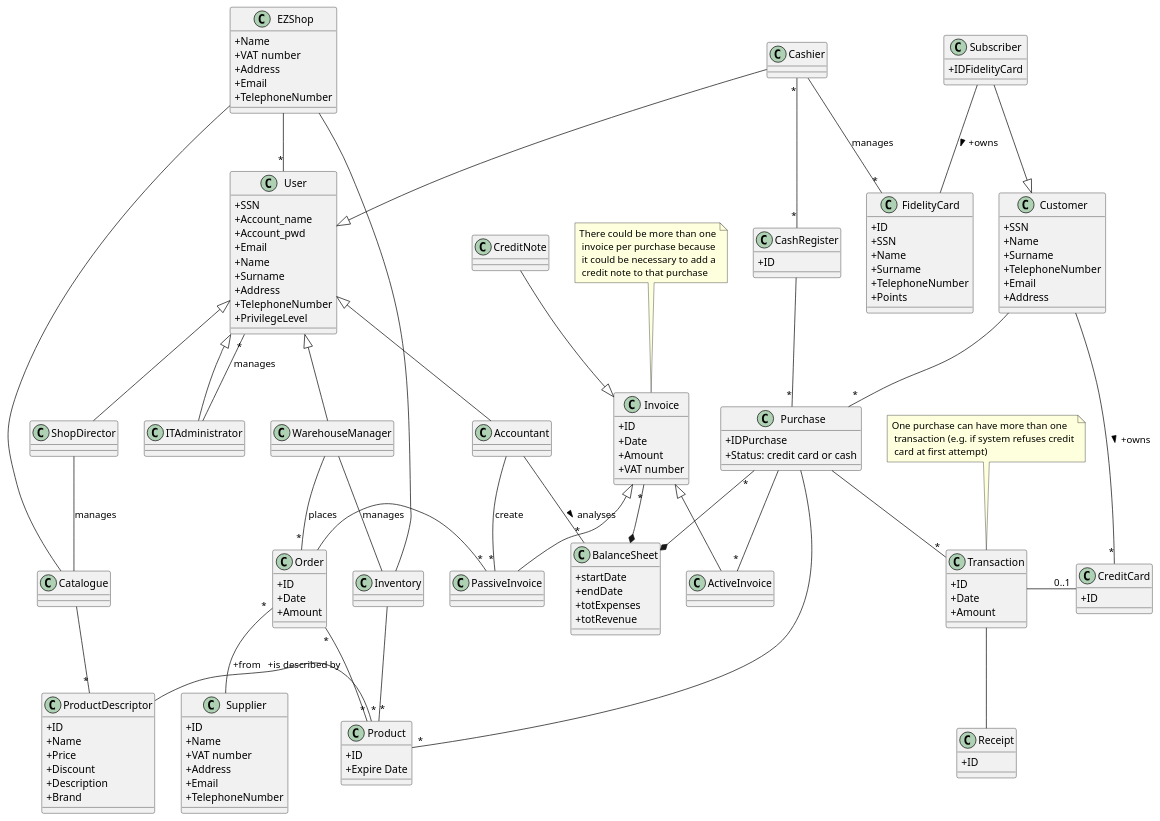
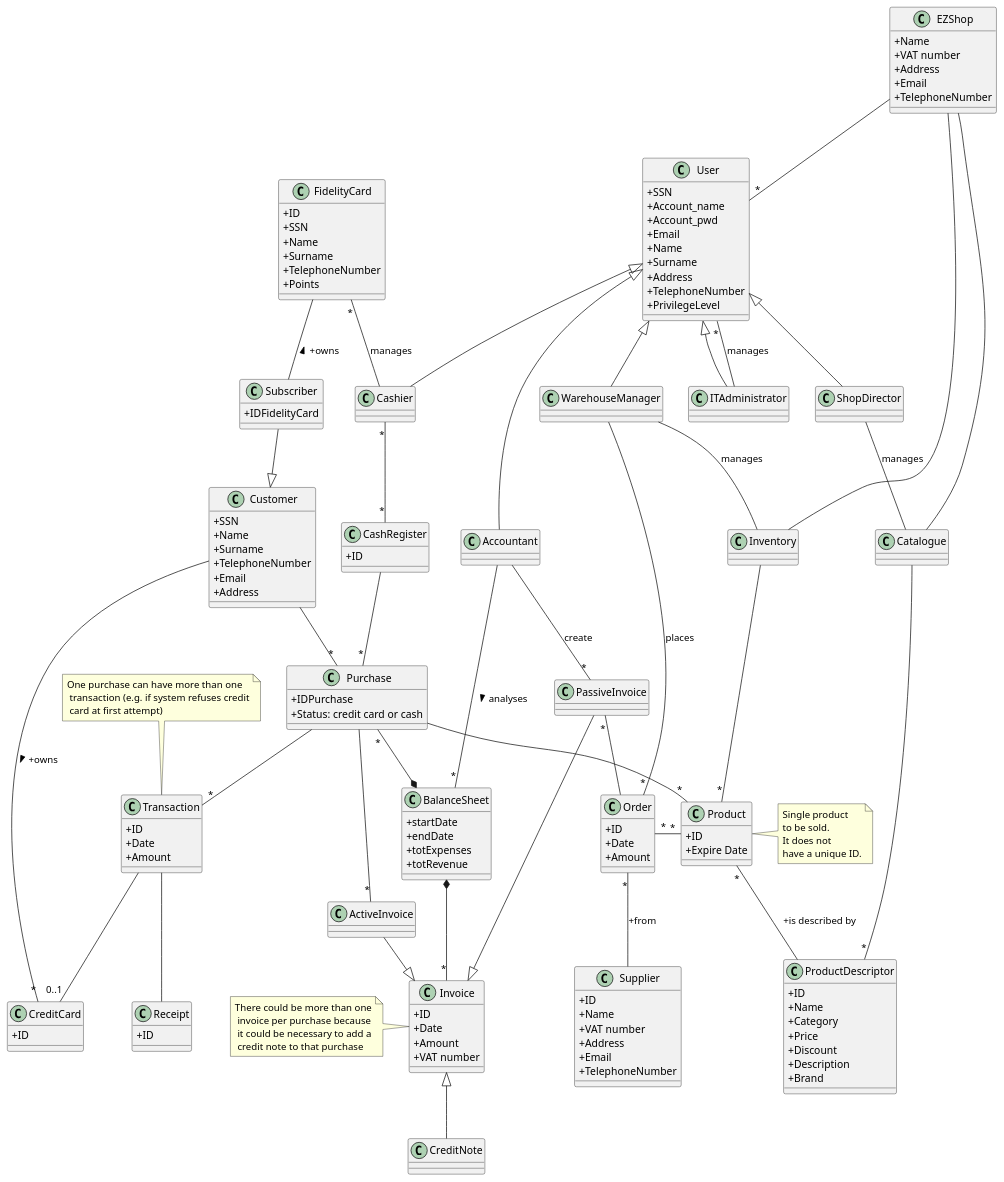
Diagram 11 of 12 in Deliverables/RequirementsDocument.md (Stormz4/group20-EzShop), drawn with PlantUML before and after one commit. The commit also changed other lines of this file, not shown here.

````diff
--- a/Deliverables/RequirementsDocument.md
+++ b/Deliverables/RequirementsDocument.md
@@ -748,6 +924,7 @@
 class ProductDescriptor {
  +ID
  +Name
+ +Category
  +Price
  +Discount
  +Description
@@ -819,30 +996,26 @@
 Class ActiveInvoice
 Class PassiveInvoice
 
-EZShop -- "*" User
+EZShop -down- "*" User
 ITAdministrator -up-|> User
-Cashier -down-|> User
+Cashier -up-|> User
 WarehouseManager-up-|> User
 Accountant-up-|> User
 ShopDirector-up-|> User
 Subscriber --|> Customer
-CreditNote --|> Invoice
-ActiveInvoice -up-|> Invoice
-PassiveInvoice -up-|> Invoice
+CreditNote -up-|> Invoice
+ActiveInvoice -right-|> Invoice
+PassiveInvoice --|> Invoice
 
-Invoice "*" --* BalanceSheet
-Purchase "*" --* BalanceSheet
-Accountant -- "*" BalanceSheet : analyses >
-
-EZShop -right- Catalogue
-EZShop -right- Inventory
+EZShop -- Catalogue
+EZShop -- Inventory
 Inventory --"*" Product
 Catalogue --"*" ProductDescriptor
 Customer --"*" Purchase
 Purchase --"*" Product
-FidelityCard -left- Subscriber: +owns <
-Product "*"-left- ProductDescriptor: +is described by
-Transaction -right-"0..1" CreditCard
+FidelityCard -- Subscriber: +owns <
+Product "*"-- ProductDescriptor: +is described by
+Transaction --"0..1" CreditCard
 Customer --"*" CreditCard: +owns >
 Purchase --"*" Transaction
 Transaction -- Receipt
@@ -851,17 +1024,22 @@
 Purchase --"*" ActiveInvoice
 Accountant --"*" PassiveInvoice: create
 WarehouseManager --"*" Order: places
-Order "*"-- Supplier: +from
+Order "*"-down- Supplier: +from
 ShopDirector -- Catalogue: manages
-Order "*"--"*" Product
-PassiveInvoice "*"-left- Order
+Order "*"-right-"*" Product
+PassiveInvoice "*"-- Order
 WarehouseManager -- Inventory: manages
-Cashier --"*" FidelityCard: manages
+Cashier -left-"*" FidelityCard: manages
 ITAdministrator --"*" User: manages
+Invoice "*" -up-* BalanceSheet
+Purchase "*" --* BalanceSheet
+Accountant -- "*" BalanceSheet : analyses >
 
 note "One purchase can have more than one\n transaction (e.g. if system refuses credit\n card at first attempt)" as N1
 N1 .. Transaction 
 note "There could be more than one\n invoice per purchase because\n it could be necessary to add a\n credit note to that purchase" as N2
-N2 .. Invoice
+N2 .right. Invoice
+note "Single product\nto be sold.\nIt does not\nhave a unique ID." as N3
+N3 .left. Product
 @enduml
 ```
````
